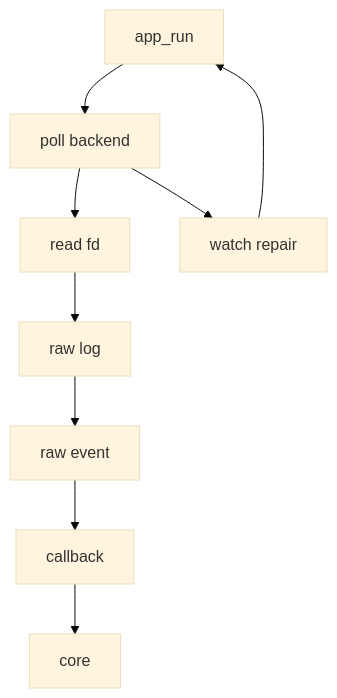
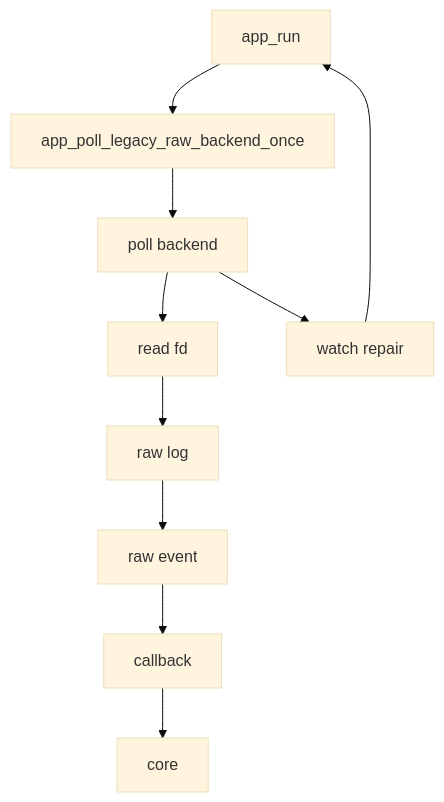
One commit to kinderp/alfred changed the second of 2 diagrams in docs/it/04-livello-applicazione.md. Above: the diagram before and after it, drawn with Mermaid (base theme). The commit also changed other lines of this file and 4 other files, not shown here.

First line of the commit message:
Isolate app raw poll bridge

````diff
--- a/docs/it/04-livello-applicazione.md
+++ b/docs/it/04-livello-applicazione.md
@@ -180,11 +182,12 @@
 ```mermaid
 flowchart TD
-    A[app_run] --> B[poll backend]
-    B --> C[read fd]
-    C --> D[raw log]
-    D --> E[raw event]
-    E --> F[callback]
-    F --> G[core]
-    B --> K[watch repair]
+    A[app_run] --> B[app_poll_legacy_raw_backend_once]
+    B --> C[poll backend]
+    C --> D[read fd]
+    D --> E[raw log]
+    E --> F[raw event]
+    F --> G[callback]
+    G --> H[core]
+    C --> K[watch repair]
     K --> A
 ```
````
